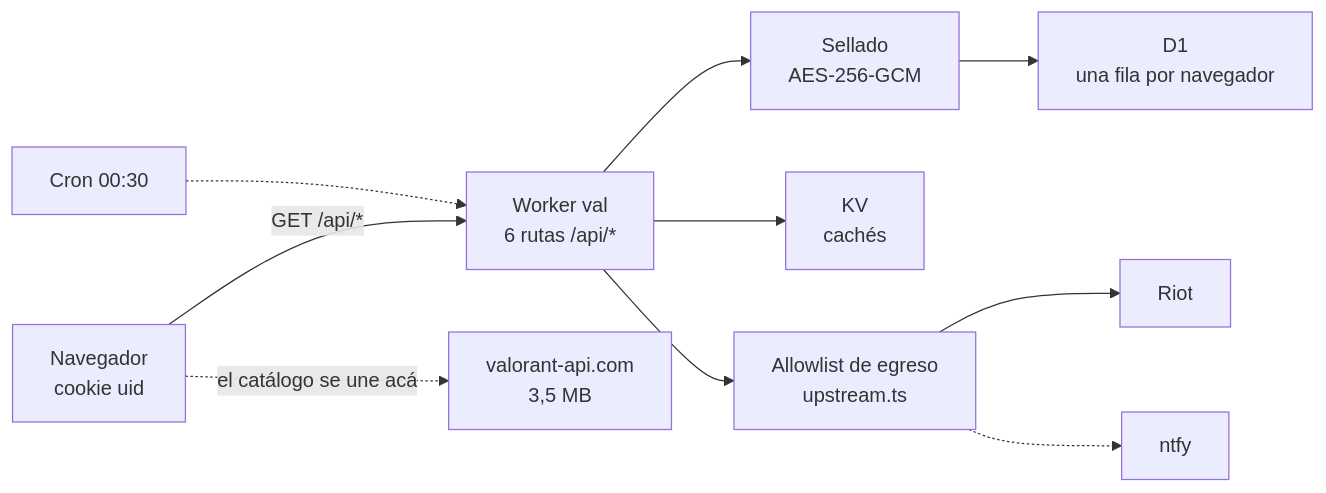
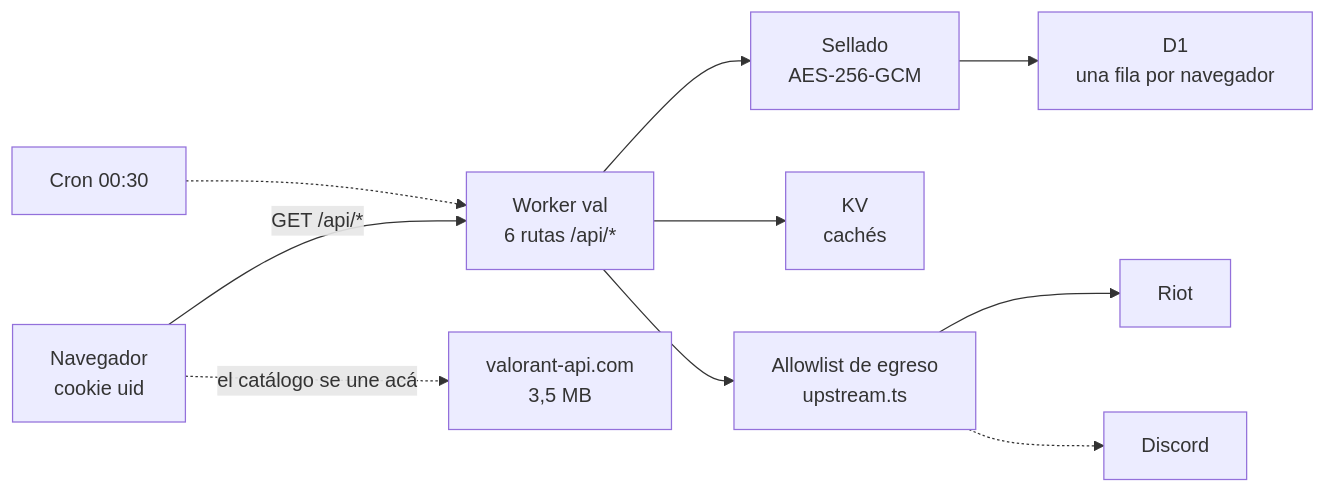
The diagram in README.md (NicolasV7/valoox), drawn with Mermaid before and after one commit. The commit also changed 10 other files, not shown here.

First line of the commit message:
fix: replace ntfy with a Discord webhook, because ntfy cannot work from here

````diff
--- a/README.md
+++ b/README.md
@@ -10,21 +10,21 @@
 ```mermaid
 flowchart LR
   B["Navegador<br/>cookie uid"]
   W["Worker val<br/>6 rutas /api/*"]
   A["Allowlist de egreso<br/>upstream.ts"]
   R["Riot"]
   K["KV<br/>cachés"]
   S["Sellado<br/>AES-256-GCM"]
   D["D1<br/>una fila por navegador"]
   C["valorant-api.com<br/>3,5 MB"]
-  N["ntfy"]
+  N["Discord"]
   T["Cron 00:30"]
 
   B -->|GET /api/*| W
   B -.->|el catálogo se une acá| C
   W --> K
   W --> S --> D
   W --> A --> R
   A -.-> N
   T -.-> W
 ```
````
